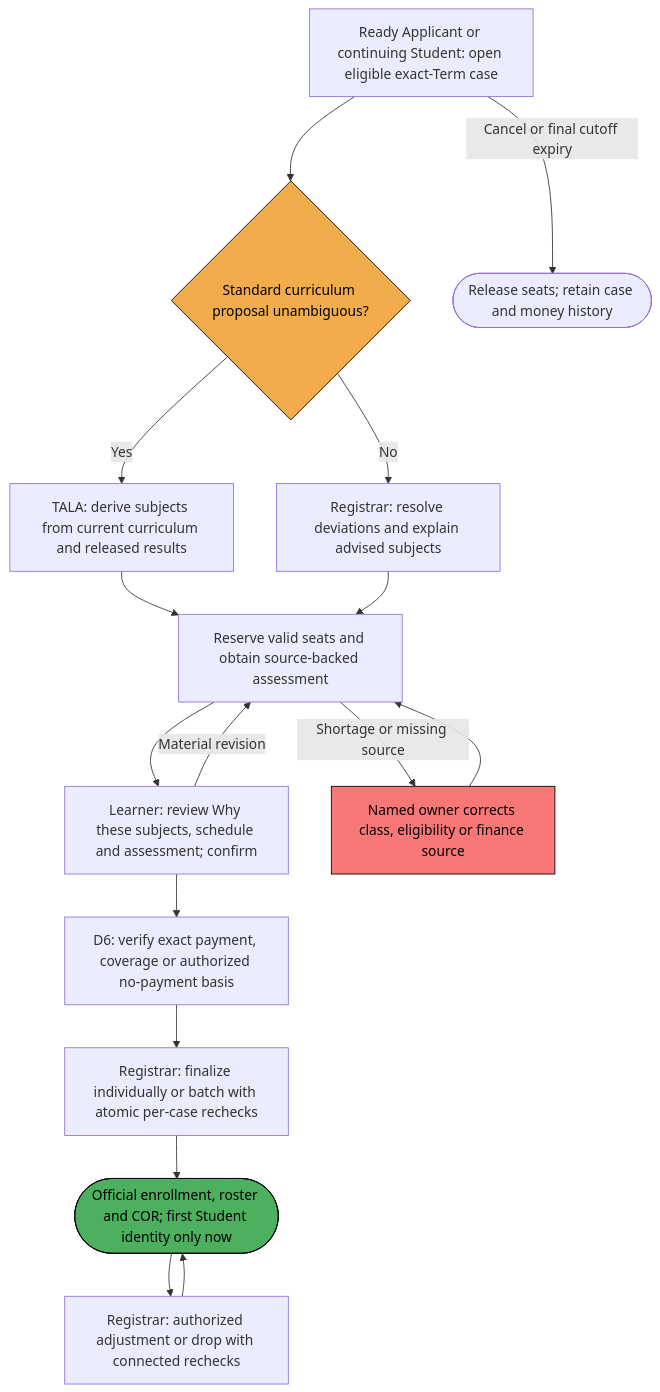
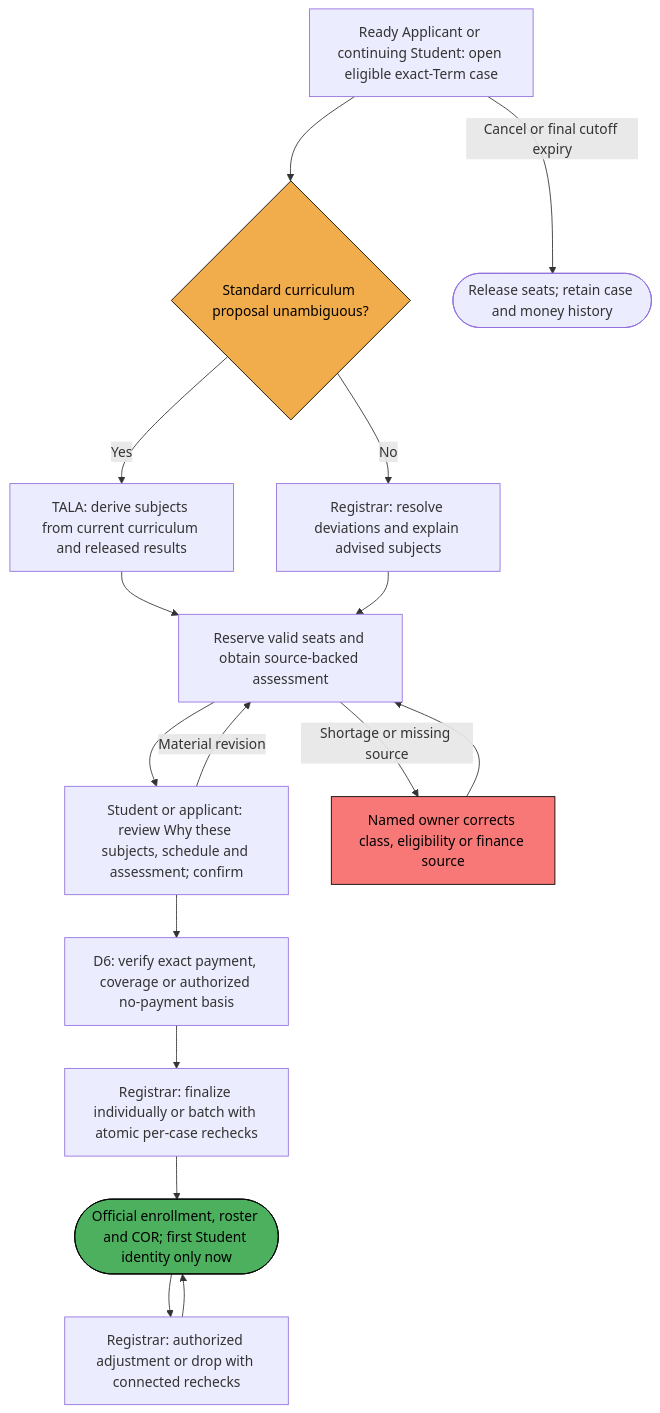
Before and after one commit to yosoykyle/SIA-TALA: the fifth of 7 diagrams in 00_Project_Documents/TALA-System-Lifecycle-Flowchart.md, drawn with Mermaid. The commit also changed other lines of this file and 351 other files, not shown here.

````diff
--- a/00_Project_Documents/TALA-System-Lifecycle-Flowchart.md
+++ b/00_Project_Documents/TALA-System-Lifecycle-Flowchart.md
@@ -160,25 +160,25 @@
 ```mermaid
 flowchart TB
   PERSON["Ready Applicant or continuing Student: open eligible exact-Term case"]
   PERSON --> STANDARD{"Standard curriculum proposal unambiguous?"}
   STANDARD -->|Yes| DERIVE["TALA: derive subjects from current curriculum and released results"]
   STANDARD -->|No| ADVISE["Registrar: resolve deviations and explain advised subjects"]
   DERIVE --> PREPARE["Reserve valid seats and obtain source-backed assessment"]
   ADVISE --> PREPARE
-  PREPARE --> CONFIRM["Learner: review Why these subjects, schedule and assessment; confirm"]
+  PREPARE --> CONFIRM["Student or applicant: review Why these subjects, schedule and assessment; confirm"]
   CONFIRM --> MONEY["D6: verify exact payment, coverage or authorized no-payment basis"]
   MONEY --> FINAL["Registrar: finalize individually or batch with atomic per-case rechecks"]
   FINAL --> OFFICIAL(["Official enrollment, roster and COR; first Student identity only now"])
   PREPARE -->|Shortage or missing source| FIX["Named owner corrects class, eligibility or finance source"]
   FIX --> PREPARE
   CONFIRM -->|Material revision| PREPARE
   PERSON -->|Cancel or final cutoff expiry| CLOSED(["Release seats; retain case and money history"])
   OFFICIAL --> CHANGE["Registrar: authorized adjustment or drop with connected rechecks"]
   CHANGE --> OFFICIAL
   classDef askBox fill:#F1AC4B,stroke:#000000,color:#000000;
   classDef warnBox fill:#F87777,stroke:#000000,color:#000000;
   classDef paperBox fill:#4CB05E,stroke:#000000,color:#000000;
   class STANDARD askBox;
   class FIX warnBox;
   class OFFICIAL paperBox;
 ```
````
